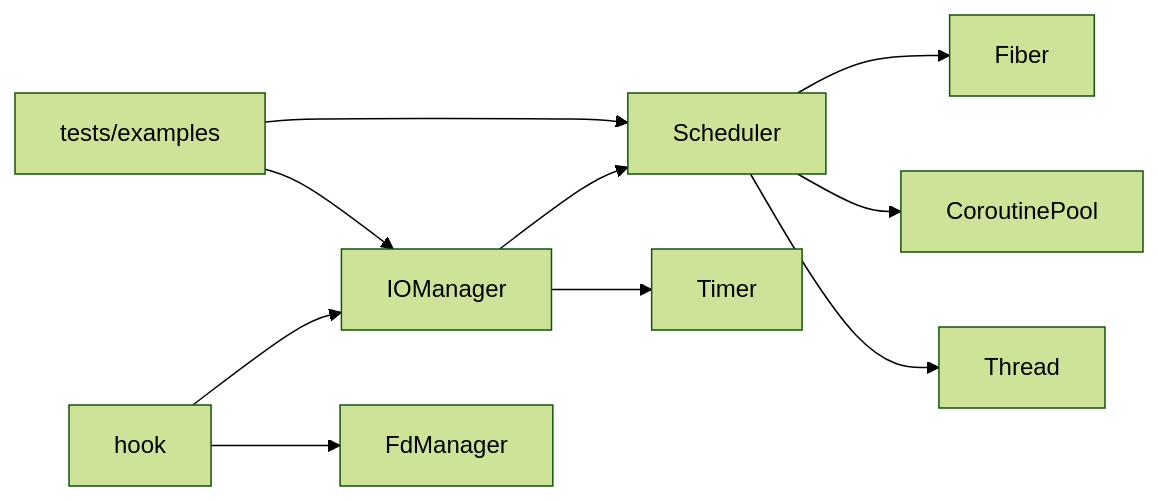
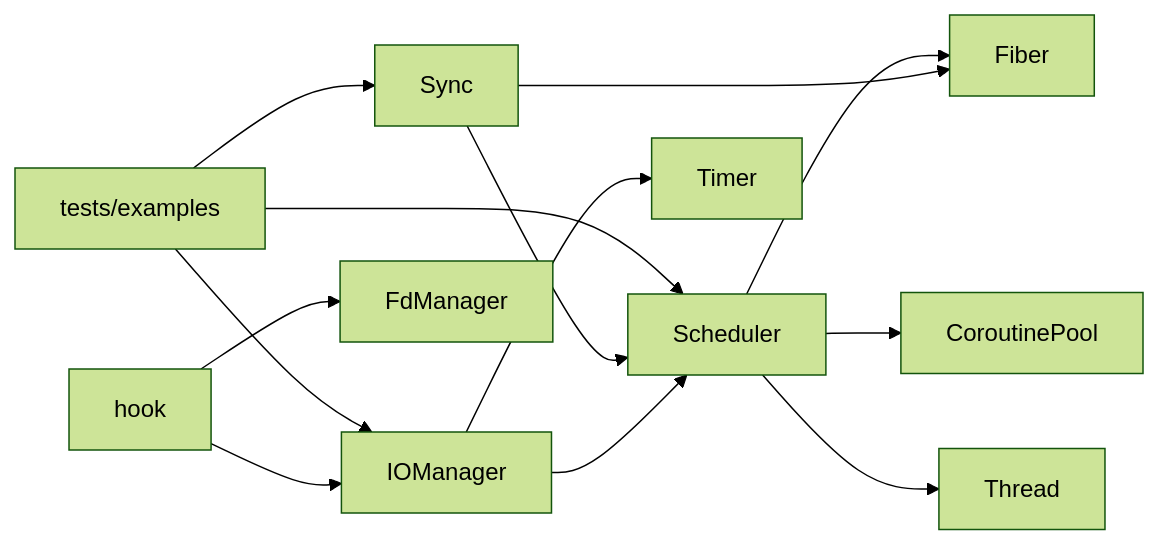
One commit to lhao4/Coroutine-lib changed the diagram in docs/模块职责.md. Above: the diagram before and after it, drawn with Mermaid (forest theme). The commit also changed other lines of this file and 7 other files, not shown here.

````diff
--- a/docs/模块职责.md
+++ b/docs/模块职责.md
@@ -121,15 +142,19 @@
 ```mermaid
 flowchart LR
     APP[tests/examples] --> SCH[Scheduler]
     APP --> IOM[IOManager]
+    APP --> SYNC[Sync]
 
     SCH --> FIB[Fiber]
     SCH --> POOL[CoroutinePool]
     SCH --> THR[Thread]
+
+    SYNC --> FIB
+    SYNC --> SCH
 
     IOM --> SCH
     IOM --> TIM[Timer]
 
     HOOK[hook] --> IOM
     HOOK --> FDM[FdManager]
 ```
````
